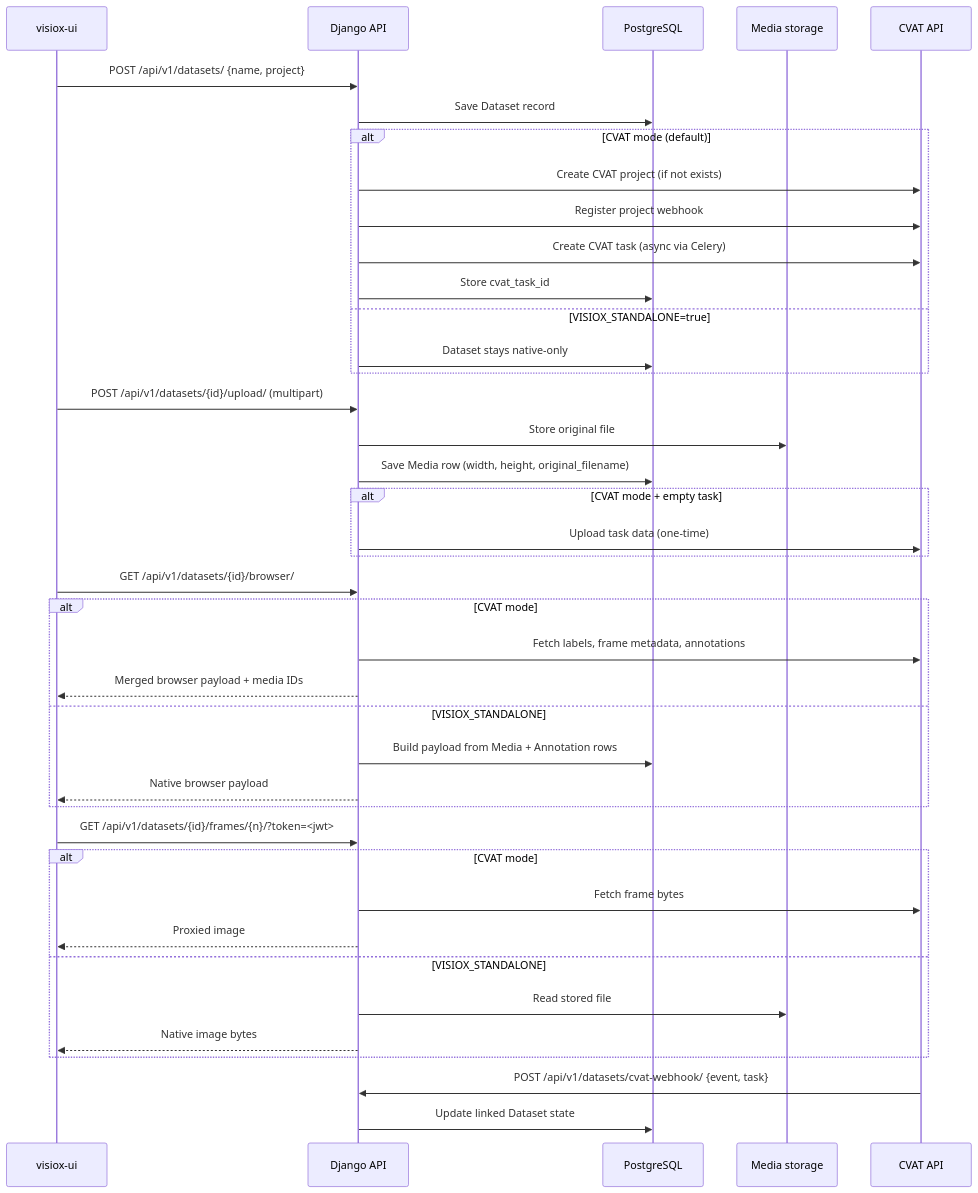
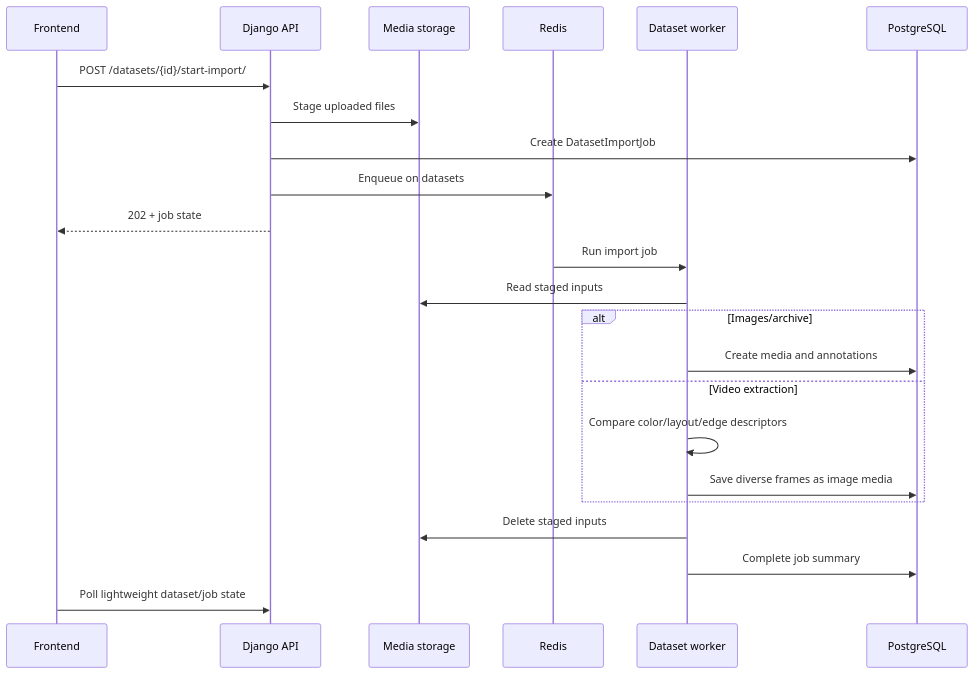
Before and after one commit to the-visiox/visiox: the third of 5 diagrams in docs/ARCHITECTURE_DIAGRAMS.md, drawn with Mermaid. The commit also changed other lines of this file and 147 other files, not shown here.

First line of the commit message:
feat(video-extraction): implement video extraction service with diverse frame selection and metadata handling

````diff
--- a/docs/ARCHITECTURE_DIAGRAMS.md
+++ b/docs/ARCHITECTURE_DIAGRAMS.md
@@ -192,47 +56,26 @@
 ```mermaid
 sequenceDiagram
-    participant UI as visiox-ui
+    participant UI as Frontend
     participant API as Django API
+    participant Store as Media storage
+    participant Queue as Redis
+    participant Worker as Dataset worker
     participant DB as PostgreSQL
-    participant Media as Media storage
-    participant CVAT as CVAT API
 
-    UI->>API: POST /api/v1/datasets/ {name, project}
-    API->>DB: Save Dataset record
-    alt CVAT mode (default)
-        API->>CVAT: Create CVAT project (if not exists)
-        API->>CVAT: Register project webhook
-        API->>CVAT: Create CVAT task (async via Celery)
-        API->>DB: Store cvat_task_id
-    else VISIOX_STANDALONE=true
-        API->>DB: Dataset stays native-only
+    UI->>API: POST /datasets/{id}/start-import/
+    API->>Store: Stage uploaded files
+    API->>DB: Create DatasetImportJob
+    API->>Queue: Enqueue on datasets
+    API-->>UI: 202 + job state
+    Queue->>Worker: Run import job
+    Worker->>Store: Read staged inputs
+    alt Images/archive
+        Worker->>DB: Create media and annotations
+    else Video extraction
+        Worker->>Worker: Compare color/layout/edge descriptors
+        Worker->>DB: Save diverse frames as image media
     end
-
-    UI->>API: POST /api/v1/datasets/{id}/upload/ (multipart)
-    API->>Media: Store original file
-    API->>DB: Save Media row (width, height, original_filename)
-    alt CVAT mode + empty task
-        API->>CVAT: Upload task data (one-time)
-    end
-
-    UI->>API: GET /api/v1/datasets/{id}/browser/
-    alt CVAT mode
-        API->>CVAT: Fetch labels, frame metadata, annotations
-        API-->>UI: Merged browser payload + media IDs
-    else VISIOX_STANDALONE
-        API->>DB: Build payload from Media + Annotation rows
-        API-->>UI: Native browser payload
-    end
-
-    UI->>API: GET /api/v1/datasets/{id}/frames/{n}/?token=<jwt>
-    alt CVAT mode
-        API->>CVAT: Fetch frame bytes
-        API-->>UI: Proxied image
-    else VISIOX_STANDALONE
-        API->>Media: Read stored file
-        API-->>UI: Native image bytes
-    end
-
-    CVAT->>API: POST /api/v1/datasets/cvat-webhook/ {event, task}
-    API->>DB: Update linked Dataset state
+    Worker->>Store: Delete staged inputs
+    Worker->>DB: Complete job summary
+    UI->>API: Poll lightweight dataset/job state
 ```
````
